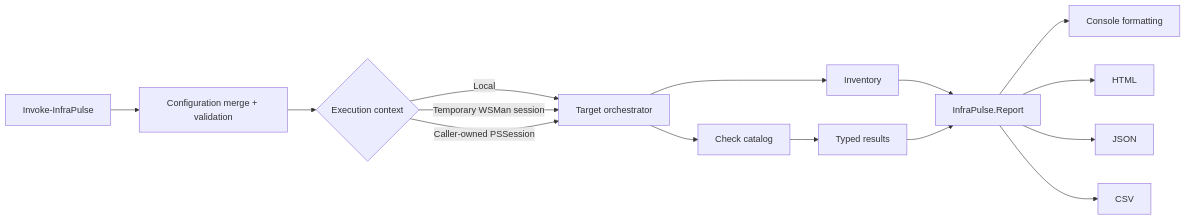
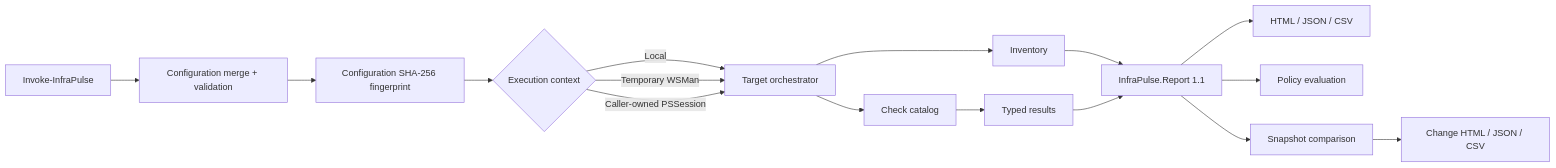
The diagram in README.md (xGreeny/infra-pulse), drawn with Mermaid before and after one commit. The commit also changed other lines of this file and 41 other files, not shown here.

First line of the commit message:
Release InfraPulse 1.1.0

````diff
--- a/README.md
+++ b/README.md
@@ -210,17 +324,18 @@
 ```mermaid
 flowchart LR
     A[Invoke-InfraPulse] --> B[Configuration merge + validation]
-    B --> C{Execution context}
-    C -->|Local| D[Target orchestrator]
-    C -->|Temporary WSMan session| D
-    C -->|Caller-owned PSSession| D
-    D --> E[Inventory]
-    D --> F[Check catalog]
-    F --> G[Typed results]
-    E --> H[InfraPulse.Report]
-    G --> H
-    H --> I[Console formatting]
-    H --> J[HTML]
-    H --> K[JSON]
-    H --> L[CSV]
+    B --> C[Configuration SHA-256 fingerprint]
+    C --> D{Execution context}
+    D -->|Local| E[Target orchestrator]
+    D -->|Temporary WSMan| E
+    D -->|Caller-owned PSSession| E
+    E --> F[Inventory]
+    E --> G[Check catalog]
+    G --> H[Typed results]
+    F --> I[InfraPulse.Report 1.1]
+    H --> I
+    I --> J[HTML / JSON / CSV]
+    I --> K[Policy evaluation]
+    I --> L[Snapshot comparison]
+    L --> M[Change HTML / JSON / CSV]
 ```
````
